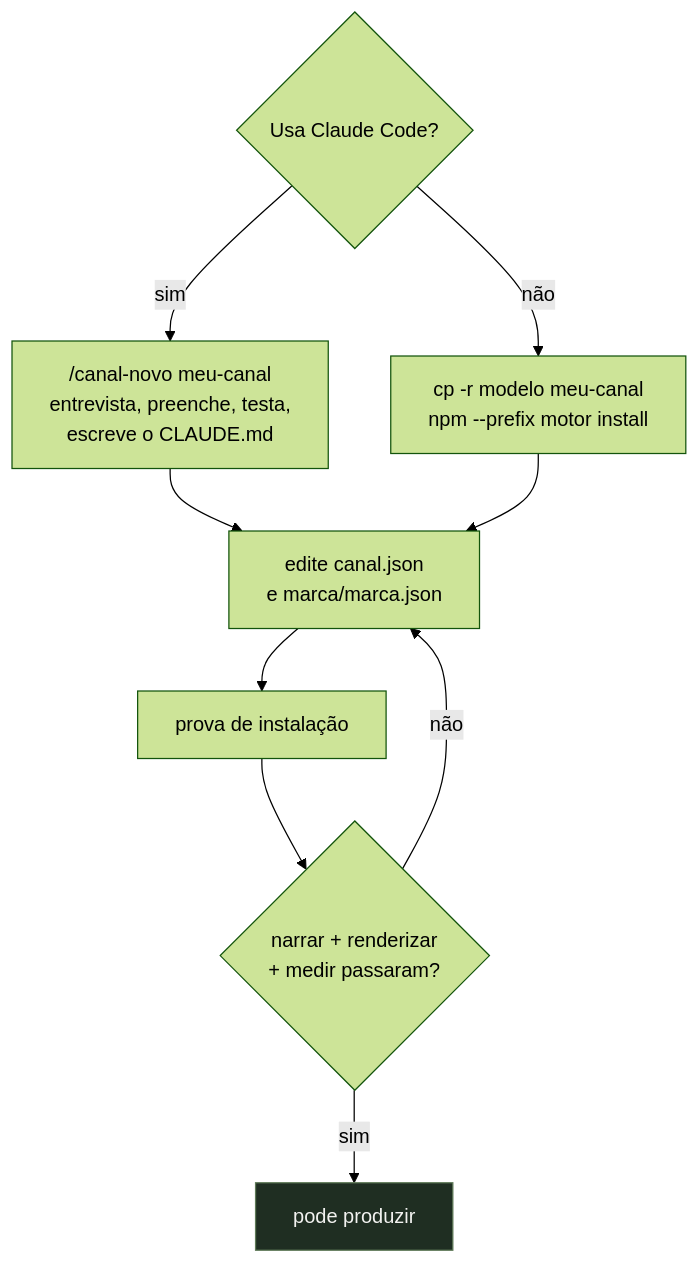
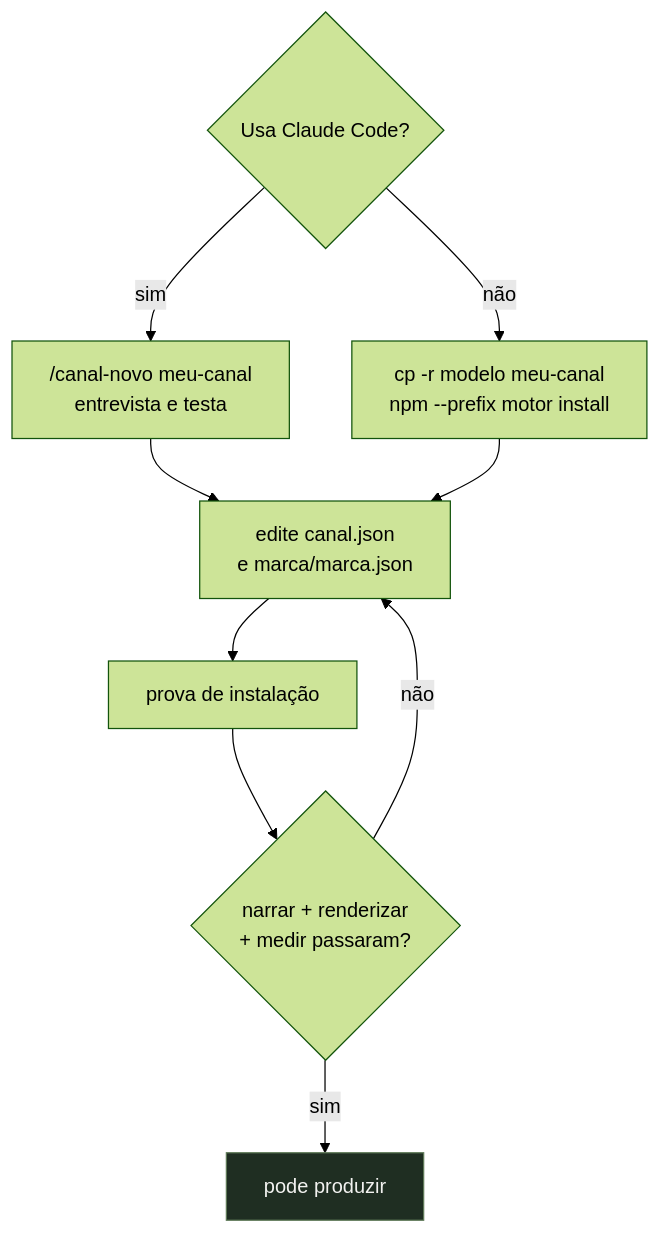
The first of 4 diagrams in docs/02-criar-um-canal.md (claudiogpt/motor-de-canal), drawn with Mermaid (forest theme) before and after one commit. The commit also changed 7 other files, not shown here.

````diff
--- a/docs/02-criar-um-canal.md
+++ b/docs/02-criar-um-canal.md
@@ -5,12 +5,12 @@
 ```mermaid
 flowchart TD
-    A{"Usa Claude Code?"} -->|sim| B["/canal-novo meu-canal<br/>entrevista, preenche, testa,<br/>escreve o CLAUDE.md"]
+    A{"Usa Claude Code?"} -->|sim| B["/canal-novo meu-canal<br/>entrevista e testa"]
     A -->|não| C["cp -r modelo meu-canal<br/>npm --prefix motor install"]
     B --> D["edite canal.json<br/>e marca/marca.json"]
     C --> D
     D --> E["prova de instalação"]
     E --> F{"narrar + renderizar<br/>+ medir passaram?"}
     F -->|sim| G["pode produzir"]
     F -->|não| D
     style G fill:#1f2e22,stroke:#5F7A58,color:#F2F2F0
 ```
````
